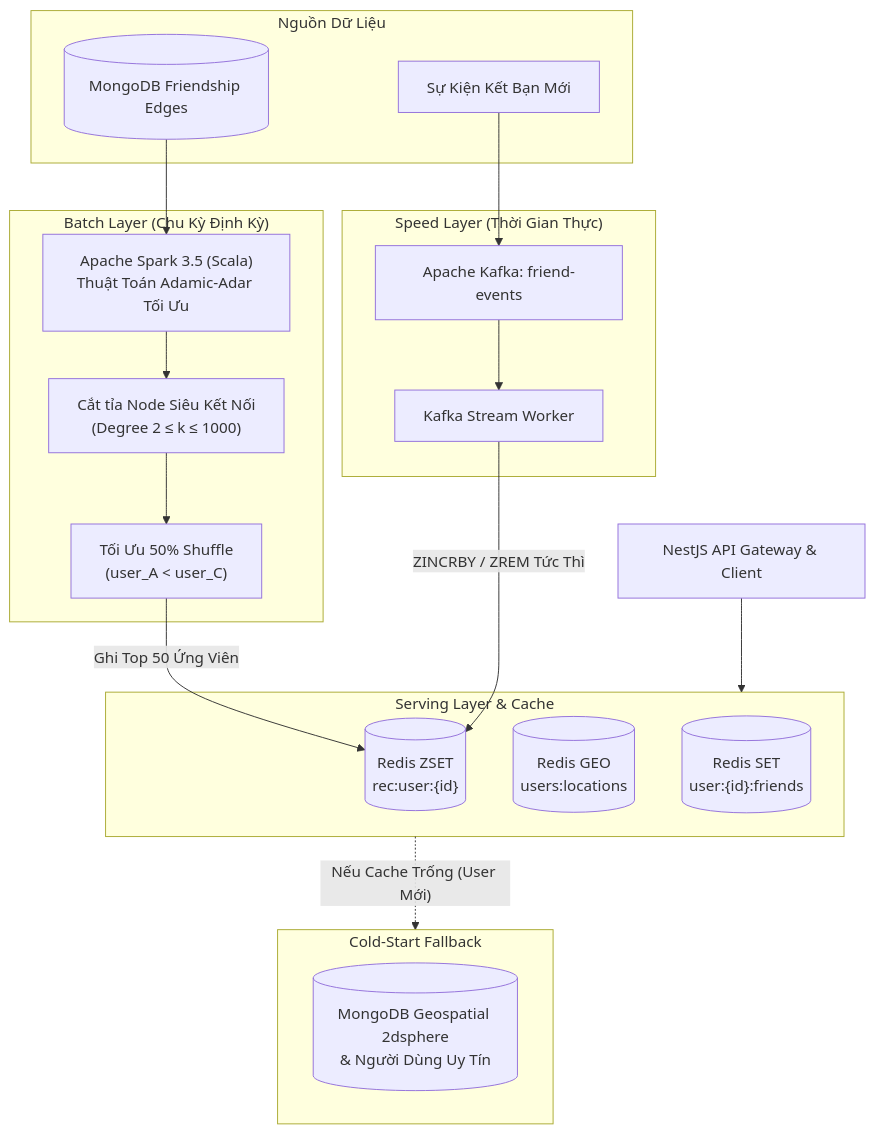
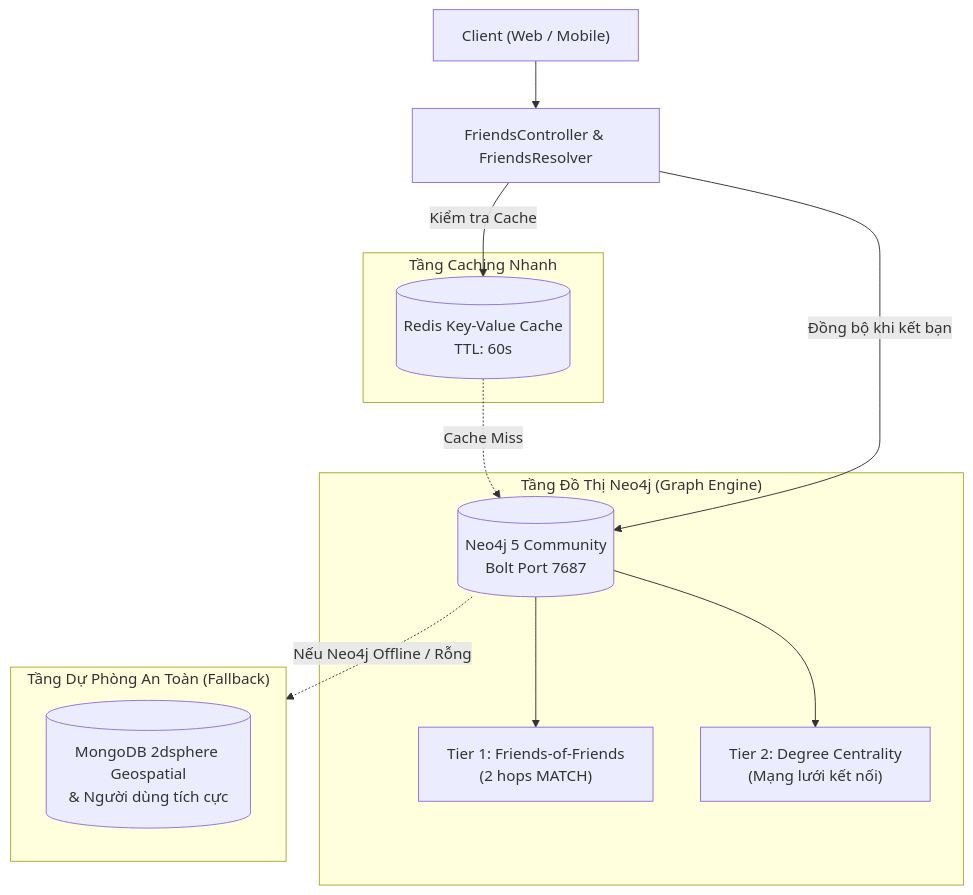
One commit to ngocquydev/ChatApp changed the diagram in docs/features/friend-recommendation.md. Above: the diagram before and after it, drawn with Mermaid. The commit also changed other lines of this file and 43 other files, not shown here.

First line of the commit message:
feat(recommendation): replace legacy recommendation engine with neo4j graph algorithm

````diff
--- a/docs/features/friend-recommendation.md
+++ b/docs/features/friend-recommendation.md
@@ -41,37 +44,24 @@
 ```mermaid
 flowchart TD
-    subgraph DataSources ["Nguồn Dữ Liệu"]
-        MongoGraph[("MongoDB Friendship Edges")]
-        UserEvents["Sự Kiện Kết Bạn Mới"]
+    Client["Client (Web / Mobile)"] --> API["FriendsController & FriendsResolver"]
+
+    subgraph CacheLayer ["Tầng Caching Nhanh"]
+        RedisCache[("Redis Key-Value Cache<br/>TTL: 60s")]
     end
 
-    subgraph BatchLayer ["Batch Layer (Chu Kỳ Định Kỳ)"]
-        SparkJob["Apache Spark 3.5 (Scala)<br/>Thuật Toán Adamic-Adar Tối Ưu"]
-        Pruning["Cắt tỉa Node Siêu Kết Nối<br/>(Degree 2 ≤ k ≤ 1000)"]
-        HalfJoin["Tối Ưu 50% Shuffle<br/>(user_A < user_C)"]
-        SparkJob --> Pruning --> HalfJoin
+    subgraph GraphLayer ["Tầng Đồ Thị Neo4j (Graph Engine)"]
+        Neo4j[("Neo4j 5 Community<br/>Bolt Port 7687")]
+        FOF["Tier 1: Friends-of-Friends<br/>(2 hops MATCH)"]
+        Centrality["Tier 2: Degree Centrality<br/>(Mạng lưới kết nối)"]
+        Neo4j --> FOF & Centrality
     end
 
-    subgraph SpeedLayer ["Speed Layer (Thời Gian Thực)"]
-        Kafka["Apache Kafka: friend-events"]
-        Worker["Kafka Stream Worker"]
-        UserEvents --> Kafka --> Worker
+    subgraph FallbackLayer ["Tầng Dự Phòng An Toàn (Fallback)"]
+        MongoCold[("MongoDB 2dsphere Geospatial<br/>& Người dùng tích cực")]
     end
 
-    subgraph ServingLayer ["Serving Layer & Cache"]
-        RedisZSet[("Redis ZSET<br/>rec:user:{id}")]
-        RedisGeo[("Redis GEO<br/>users:locations")]
-        RedisSet[("Redis SET<br/>user:{id}:friends")]
-    end
-
-    subgraph ColdStart ["Cold-Start Fallback"]
-        MongoFallback[("MongoDB Geospatial 2dsphere<br/>& Người Dùng Uy Tín")]
-    end
-
-    MongoGraph --> SparkJob
-    HalfJoin -->|"Ghi Top 50 Ứng Viên"| RedisZSet
-    Worker -->|"ZINCRBY / ZREM Tức Thì"| RedisZSet
-
-    Client["NestJS API Gateway & Client"] --> ServingLayer
-    ServingLayer -.->|"Nếu Cache Trống (User Mới)"| ColdStart
+    API -->|"Kiểm tra Cache"| RedisCache
+    RedisCache -.->|"Cache Miss"| Neo4j
+    Neo4j -.->|"Nếu Neo4j Offline / Rỗng"| FallbackLayer
+    API -->|"Đồng bộ khi kết bạn"| Neo4j
 ```
````
